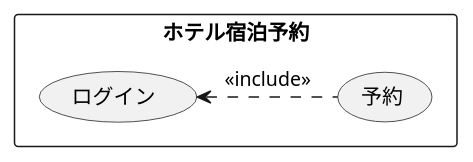
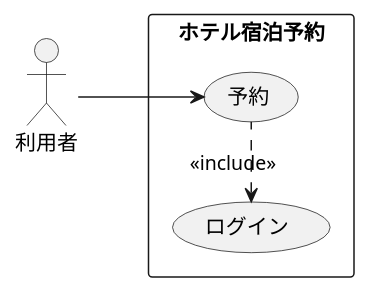
The diagram in 演習2-3_ホテル宿泊予約.pu (koha0516/uml-introduction), drawn with PlantUML before and after one commit.

Commit message:
2-3修正

```diff
--- a/演習2-3_ホテル宿泊予約.pu
+++ b/演習2-3_ホテル宿泊予約.pu
@@ -1,7 +1,10 @@
 @startuml ユースケース図
+left to right direction
+actor 利用者
 rectangle ホテル宿泊予約 {
 usecase 予約
 usecase ログイン
 }
 ログイン <. 予約 : << include >>
+利用者-->予約
 @enduml
```
